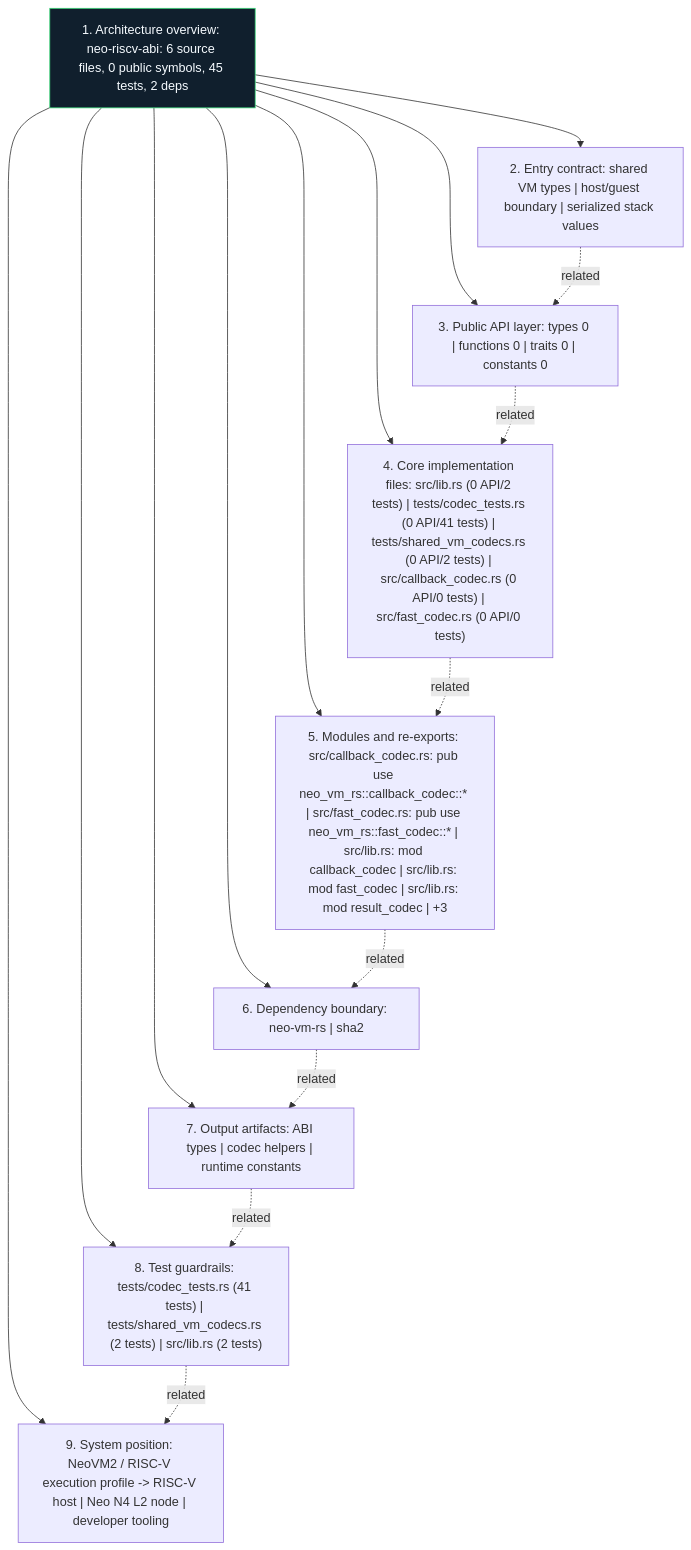
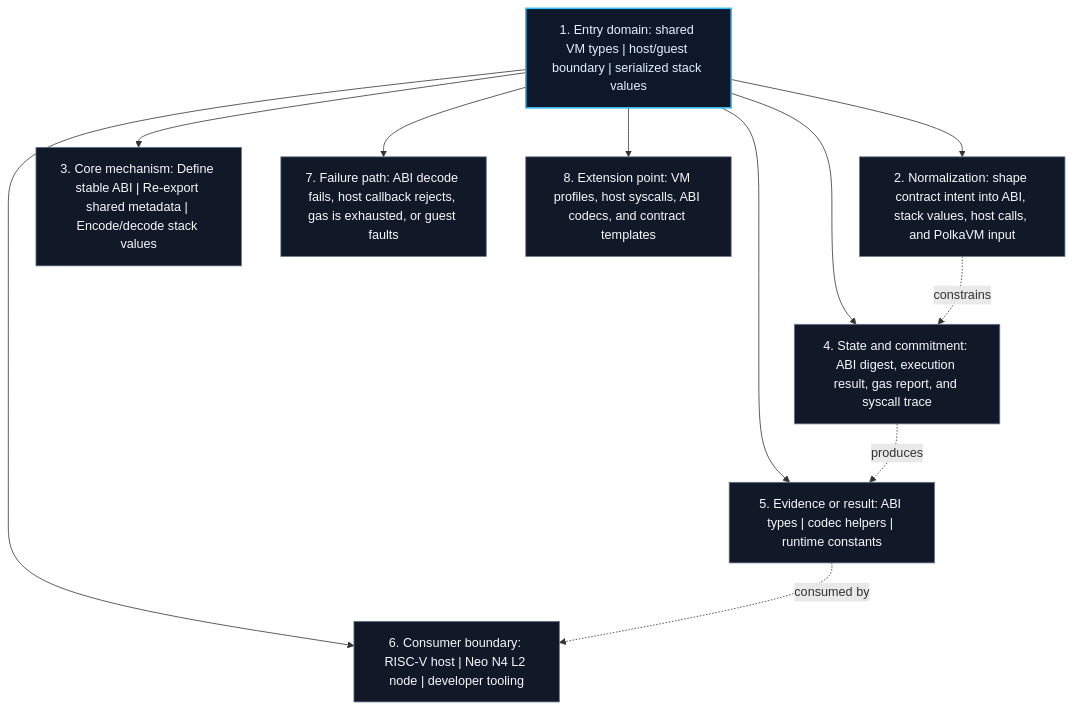
The diagram in crates/neo-riscv-abi/docs/figures/architecture.mmd (r3e-network/neo-riscv-vm), drawn with Mermaid before and after one commit. The commit also changed 831 other files, not shown here.

Commit message:
Replace crate diagrams with technical views

```diff
--- a/crates/neo-riscv-abi/docs/figures/architecture.mmd
+++ b/crates/neo-riscv-abi/docs/figures/architecture.mmd
@@ -1,27 +1,23 @@
 flowchart TB
-    N1["1. Architecture overview: neo-riscv-abi: 6 source files, 0 public symbols, 45 tests, 2 deps"]
-    N2["2. Entry contract: shared VM types | host/guest boundary | serialized stack values"]
-    N3["3. Public API layer: types 0 | functions 0 | traits 0 | constants 0"]
-    N4["4. Core implementation files: src/lib.rs (0 API/2 tests) | tests/codec_tests.rs (0 API/41 tests) | tests/shared_vm_codecs.rs (0 API/2 tests) | src/callback_codec.rs (0 API/0 tests) | src/fast_codec.rs (0 API/0 tests)"]
-    N5["5. Modules and re-exports: src/callback_codec.rs: pub use neo_vm_rs::callback_codec::* | src/fast_codec.rs: pub use neo_vm_rs::fast_codec::* | src/lib.rs: mod callback_codec | src/lib.rs: mod fast_codec | src/lib.rs: mod result_codec | +3"]
-    N6["6. Dependency boundary: neo-vm-rs | sha2"]
-    N7["7. Output artifacts: ABI types | codec helpers | runtime constants"]
-    N8["8. Test guardrails: tests/codec_tests.rs (41 tests) | tests/shared_vm_codecs.rs (2 tests) | src/lib.rs (2 tests)"]
-    N9["9. System position: NeoVM2 / RISC-V execution profile -> RISC-V host | Neo N4 L2 node | developer tooling"]
+    N1["1. Entry domain: shared VM types | host/guest boundary | serialized stack values"]
+    N2["2. Normalization: shape contract intent into ABI, stack values, host calls, and PolkaVM input"]
+    N3["3. Core mechanism: Define stable ABI | Re-export shared metadata | Encode/decode stack values"]
+    N4["4. State and commitment: ABI digest, execution result, gas report, and syscall trace"]
+    N5["5. Evidence or result: ABI types | codec helpers | runtime constants"]
+    N6["6. Consumer boundary: RISC-V host | Neo N4 L2 node | developer tooling"]
+    N7["7. Failure path: ABI decode fails, host callback rejects, gas is exhausted, or guest faults"]
+    N8["8. Extension point: VM profiles, host syscalls, ABI codecs, and contract templates"]
     N1 --> N2
     N1 --> N3
     N1 --> N4
     N1 --> N5
     N1 --> N6
     N1 --> N7
     N1 --> N8
-    N1 --> N9
-    N2 -. related .-> N3
-    N3 -. related .-> N4
-    N4 -. related .-> N5
-    N5 -. related .-> N6
-    N6 -. related .-> N7
-    N7 -. related .-> N8
-    N8 -. related .-> N9
-    classDef crate fill:#101f2d,stroke:#38d978,color:#f6fbff
-    class N1 crate
+    N2 -. constrains .-> N4
+    N4 -. produces .-> N5
+    N5 -. consumed by .-> N6
+    classDef core fill:#0f172a,stroke:#38bdf8,color:#e5f2ff,stroke-width:2px;
+    classDef support fill:#111827,stroke:#64748b,color:#f8fafc;
+    class N1 core;
+    class N2,N3,N4,N5,N6,N7,N8 support;
```
